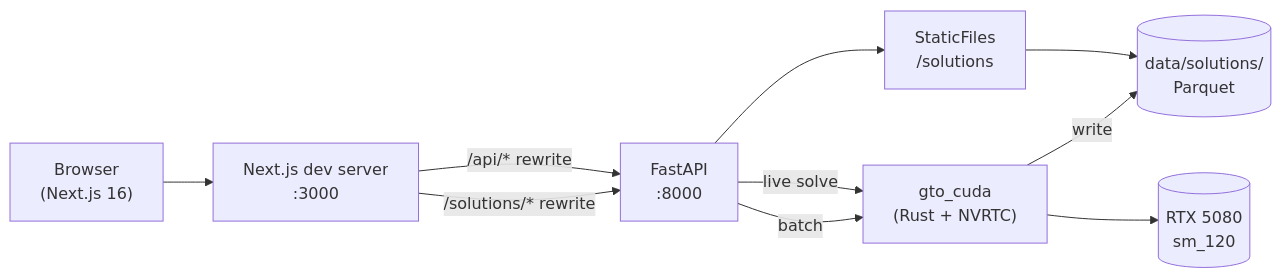
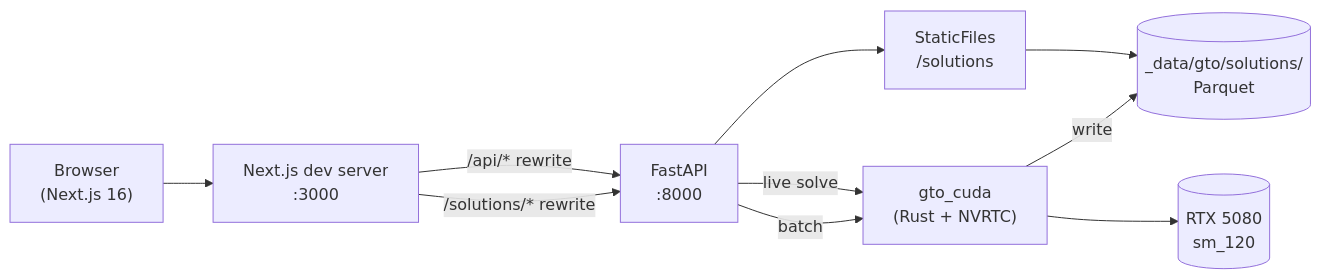
The first of 4 diagrams in gto/ARCHITECTURE.md (ankimo1210/projects), drawn with Mermaid before and after one commit. The commit also changed 10 other files, not shown here.

First line of the commit message:
refactor(gto): move gto data outputs to _data/gto/ and update paths

````diff
--- a/gto/ARCHITECTURE.md
+++ b/gto/ARCHITECTURE.md
@@ -9,20 +9,20 @@
 ```mermaid
 flowchart LR
     Browser["Browser<br/>(Next.js 16)"]
     Next["Next.js dev server<br/>:3000"]
     API["FastAPI<br/>:8000"]
     Static["StaticFiles<br/>/solutions"]
     Solver["gto_cuda<br/>(Rust + NVRTC)"]
     GPU[("RTX 5080<br/>sm_120")]
-    Parquet[("data/solutions/<br/>Parquet")]
+    Parquet[("_data/gto/solutions/<br/>Parquet")]
 
     Browser --> Next
     Next -->|"/api/* rewrite"| API
     Next -->|"/solutions/* rewrite"| API
     API --> Static
     Static --> Parquet
     API -->|live solve| Solver
     Solver --> GPU
     API -->|batch| Solver
     Solver -->|write| Parquet
 ```
````
